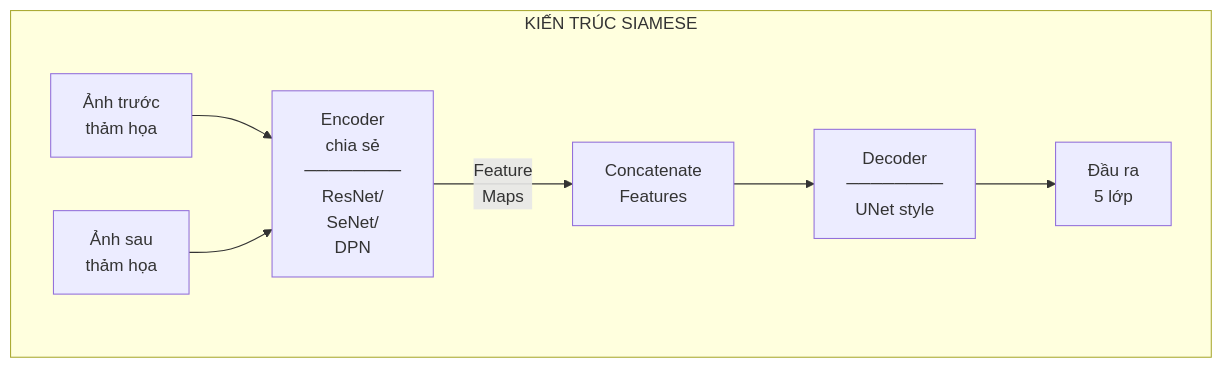
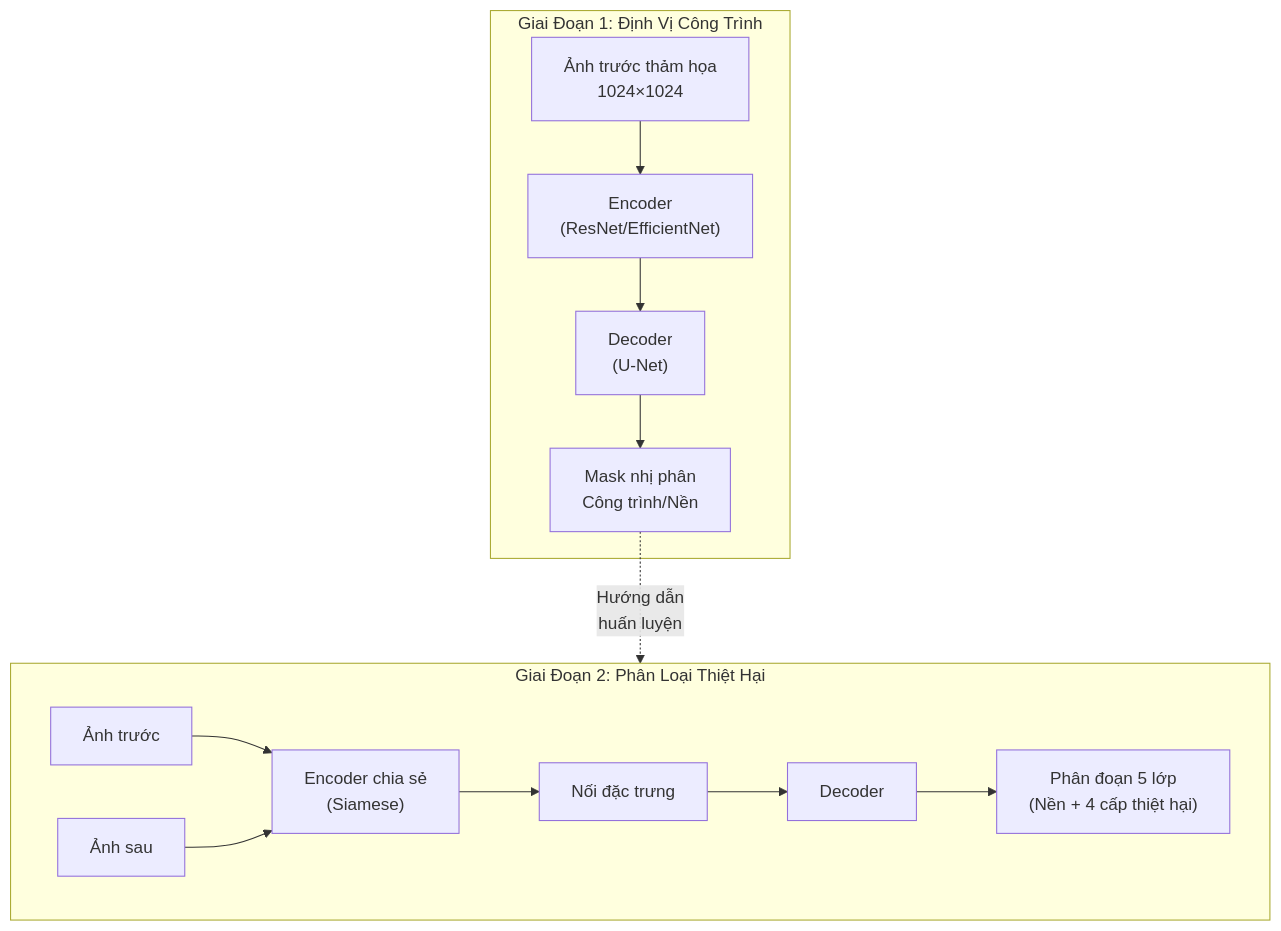
Before and after one commit to rerangst/geobayai_lab: the second of 5 diagrams in research/chuong-06-xview-challenges/muc-02-xview2-building-damage/02-giai-nhat.md, drawn with Mermaid. The commit also changed other lines of this file and 18 other files, not shown here.

````diff
--- a/research/chuong-06-xview-challenges/muc-02-xview2-building-damage/02-giai-nhat.md
+++ b/research/chuong-06-xview-challenges/muc-02-xview2-building-damage/02-giai-nhat.md
@@ -117,14 +62,26 @@
 ```mermaid
 flowchart TB
-    subgraph SIAMESE["KIẾN TRÚC SIAMESE"]
-        direction LR
-        PRE["Ảnh trước<br/>thảm họa"] --> ENC["Encoder<br/>chia sẻ<br/>────────<br/>ResNet/<br/>SeNet/<br/>DPN"]
-        POST["Ảnh sau<br/>thảm họa"] --> ENC
+    subgraph STAGE1["Giai Đoạn 1: Định Vị Công Trình"]
+        IN1["Ảnh trước thảm họa<br/>1024×1024"]
+        ENC1["Encoder<br/>(ResNet/EfficientNet)"]
+        DEC1["Decoder<br/>(U-Net)"]
+        OUT1["Mask nhị phân<br/>Công trình/Nền"]
 
-        ENC --> |"Feature<br/>Maps"| CONCAT["Concatenate<br/>Features"]
+        IN1 --> ENC1 --> DEC1 --> OUT1
+    end
 
-        CONCAT --> DEC["Decoder<br/>────────<br/>UNet style"]
+    subgraph STAGE2["Giai Đoạn 2: Phân Loại Thiệt Hại"]
+        IN2A["Ảnh trước"]
+        IN2B["Ảnh sau"]
+        SIAM["Encoder chia sẻ<br/>(Siamese)"]
+        CONCAT["Nối đặc trưng"]
+        DEC2["Decoder"]
+        OUT2["Phân đoạn 5 lớp<br/>(Nền + 4 cấp thiệt hại)"]
 
-        DEC --> OUT["Đầu ra<br/>5 lớp"]
+        IN2A --> SIAM
+        IN2B --> SIAM
+        SIAM --> CONCAT --> DEC2 --> OUT2
     end
+
+    OUT1 -.->|"Hướng dẫn<br/>huấn luyện"| STAGE2
 ```
````
